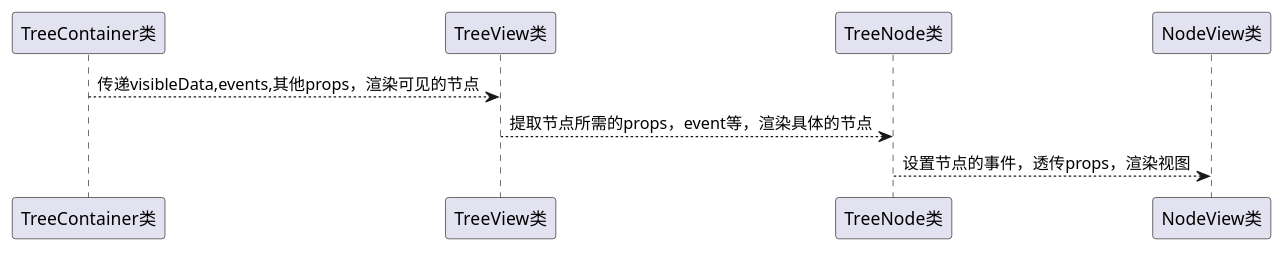
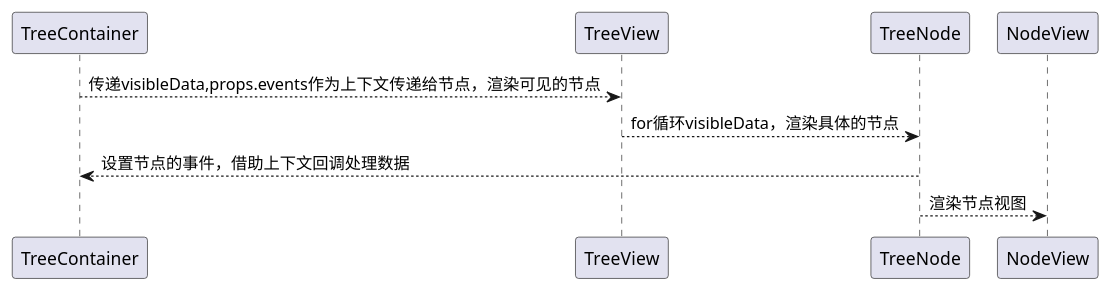
One commit to wangzhiyonglyk/wasabi-tree changed the fourth of 4 diagrams in README.md. Above: the diagram before and after it, drawn with PlantUML. The commit also changed other lines of this file and 21 other files, not shown here.

````diff
--- a/README.md
+++ b/README.md
@@ -124,8 +143,8 @@
 ```plantuml
 @startuml
-
-TreeContainer类-->TreeView类:传递visibleData,events,其他props，渲染可见的节点
-TreeView类-->TreeNode类:提取节点所需的props，event等，渲染具体的节点
-TreeNode类-->NodeView类:设置节点的事件，透传props，渲染视图
+TreeContainer-->TreeView:传递visibleData,props.events作为上下文传递给节点，渲染可见的节点
+TreeView-->TreeNode:for循环visibleData，渲染具体的节点
+TreeNode-->TreeContainer: 设置节点的事件，借助上下文回调处理数据
+TreeNode-->NodeView:渲染节点视图
 @enduml
 ```
````
